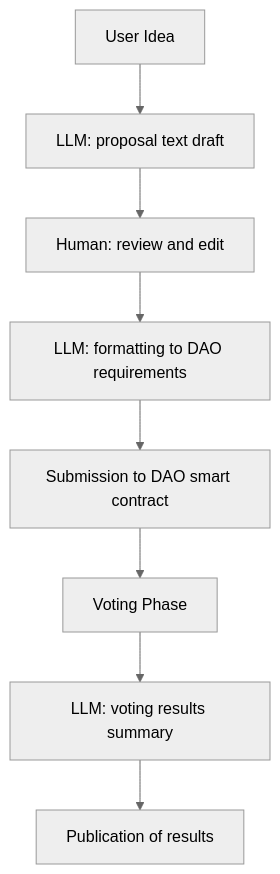
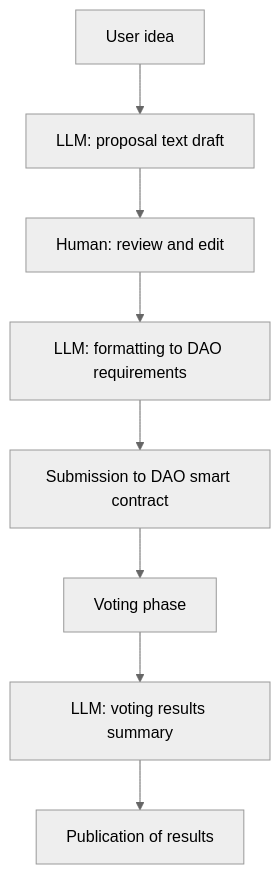
One commit to all-mute/learn-agents changed diagram 11 of 12 in cognitive-book/docs/junior/_workflows-examples-p2.mdx. Above: the diagram before and after it, drawn with Mermaid (neutral theme). The commit also changed other lines of this file and 93 other files, not shown here.

````diff
--- a/cognitive-book/docs/junior/_workflows-examples-p2.mdx
+++ b/cognitive-book/docs/junior/_workflows-examples-p2.mdx
@@ -596,10 +596,10 @@
 ```mermaid
 flowchart TD
-    Idea[User Idea] --> LLMDraft[LLM: proposal text draft]
+    Idea[User idea] --> LLMDraft[LLM: proposal text draft]
     LLMDraft --> Review[Human: review and edit]
     Review --> LLMFormat[LLM: formatting to DAO requirements]
     LLMFormat --> Submit[Submission to DAO smart contract]
-    Submit --> Vote[Voting Phase]
+    Submit --> Vote[Voting phase]
     Vote --> LLMSummary[LLM: voting results summary]
     LLMSummary --> Publish[Publication of results]
 ```
````
